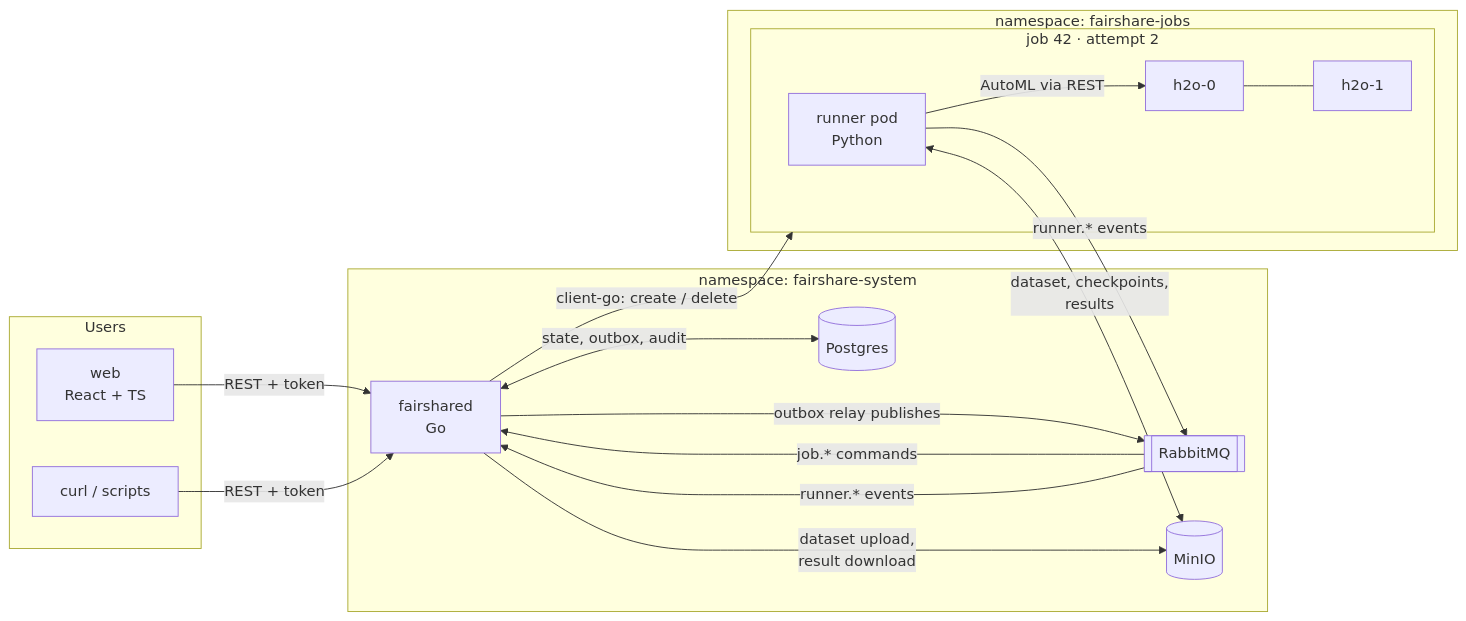
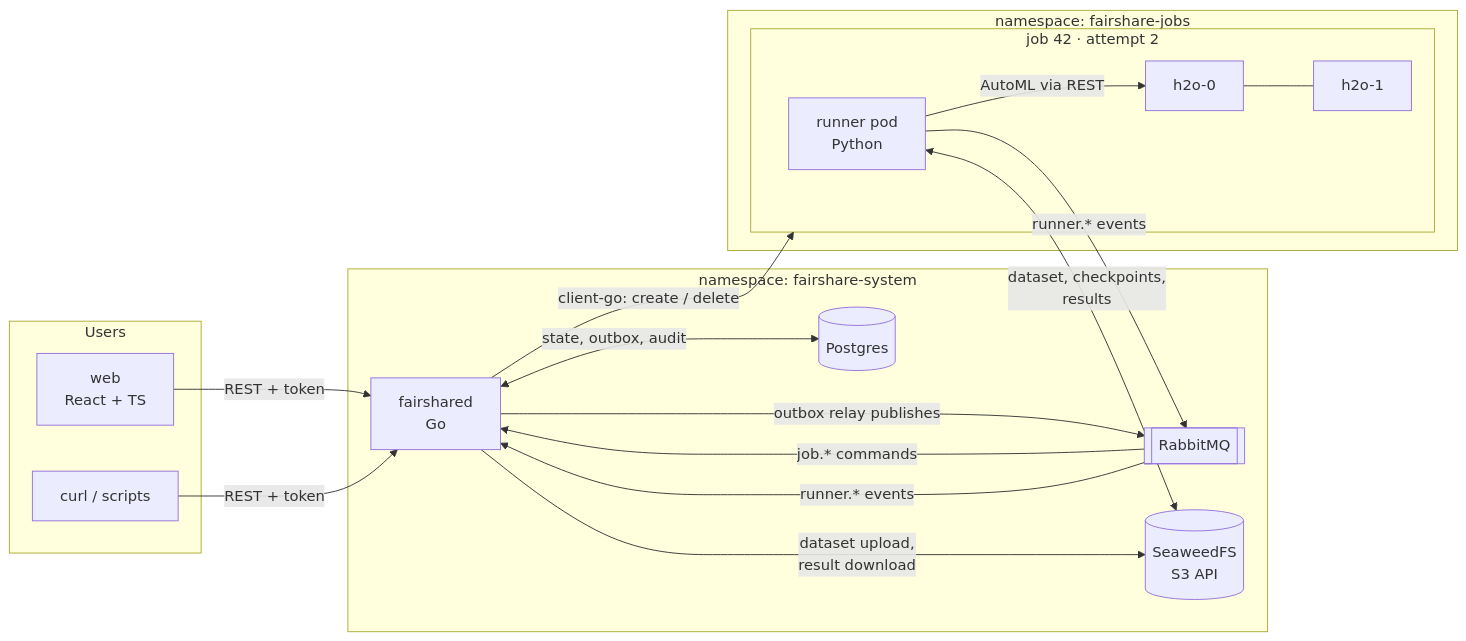
The diagram in docs/ARCHITECTURE.md (Awesomeav23/fairshare), drawn with Mermaid before and after one commit. The commit also changed other lines of this file and 10 other files, not shown here.

````diff
--- a/docs/ARCHITECTURE.md
+++ b/docs/ARCHITECTURE.md
@@ -12,35 +12,35 @@
 ```mermaid
 flowchart LR
     subgraph Users
         UI[web<br/>React + TS]
         CLI[curl / scripts]
     end
 
     subgraph sys[namespace: fairshare-system]
         FS[fairshared<br/>Go]
         PG[(Postgres)]
         MQ[[RabbitMQ]]
-        S3[(MinIO)]
+        S3[(SeaweedFS<br/>S3 API)]
     end
 
     subgraph jobs[namespace: fairshare-jobs]
         subgraph j1[job 42 · attempt 2]
             R[runner pod<br/>Python]
             H1[h2o-0]
             H2[h2o-1]
         end
     end
 
     UI -->|REST + token| FS
     CLI -->|REST + token| FS
     FS <-->|state, outbox, audit| PG
     FS -->|outbox relay publishes| MQ
     MQ -->|job.* commands| FS
     MQ -->|runner.* events| FS
     FS -->|client-go: create / delete| j1
     FS -->|dataset upload,<br/>result download| S3
     R -->|AutoML via REST| H1
     H1 --- H2
     R -->|runner.* events| MQ
     R <-->|dataset, checkpoints,<br/>results| S3
 ```
````
